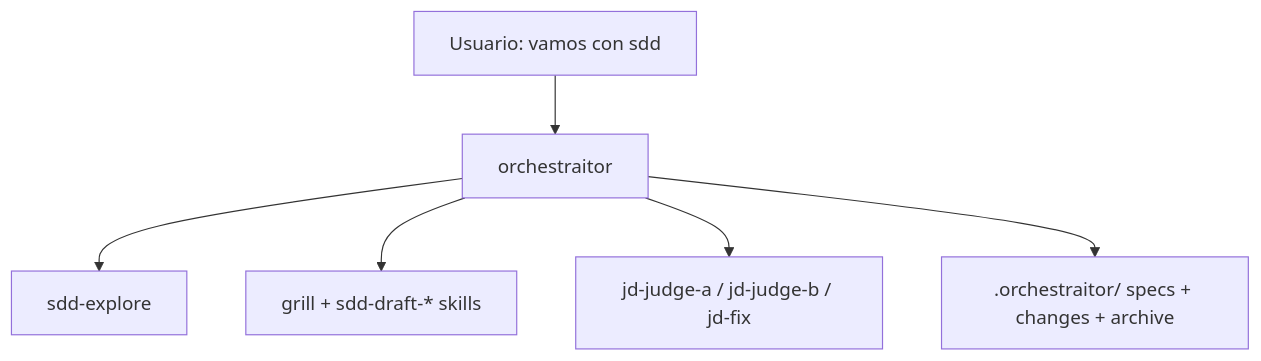
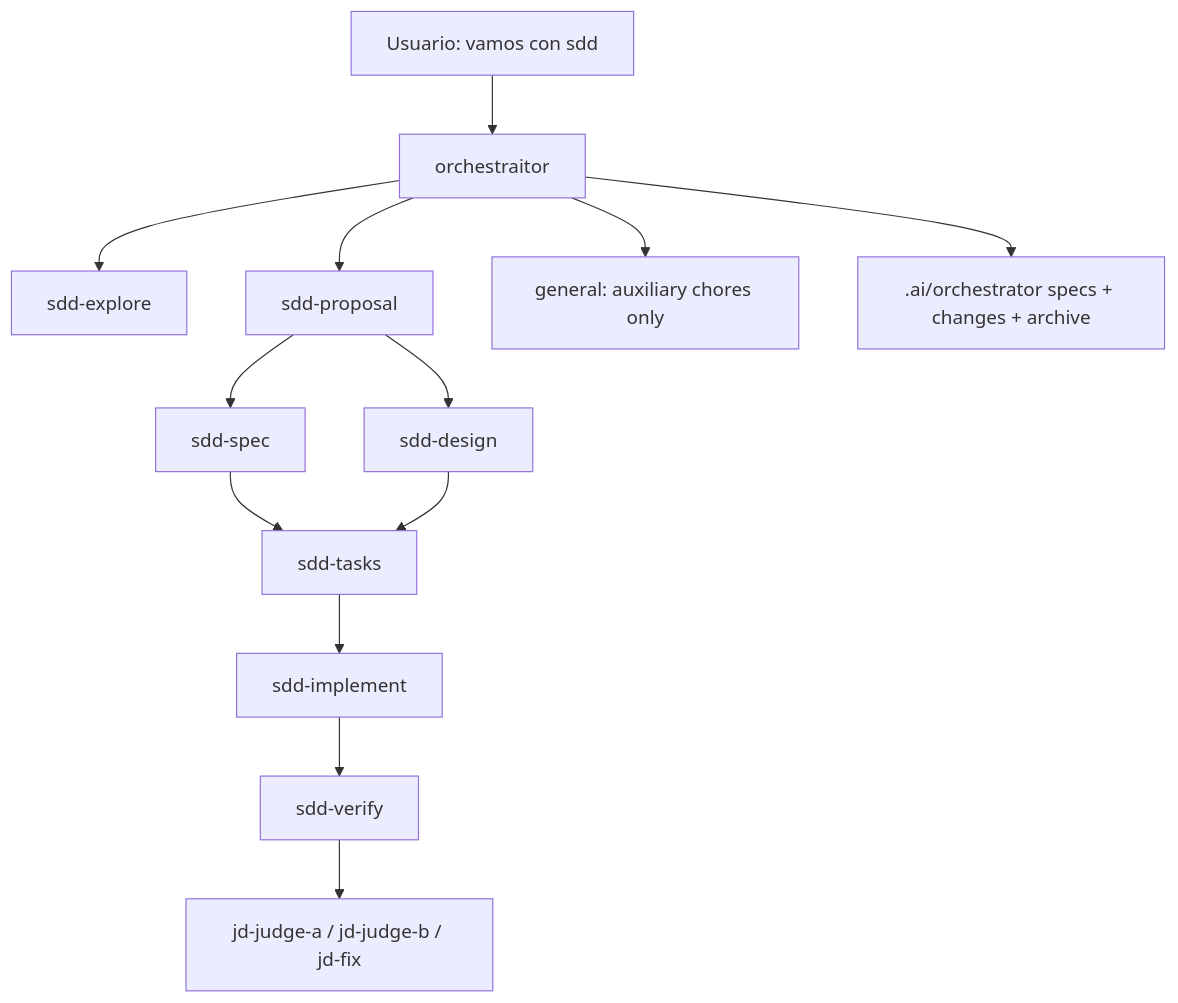
One commit to andresnator/agents-orchestrator changed the diagram in domains/sdd/README.md. Above: the diagram before and after it, drawn with Mermaid. The commit also changed other lines of this file and 31 other files, not shown here.

````diff
--- a/domains/sdd/README.md
+++ b/domains/sdd/README.md
@@ -9,8 +16,15 @@
 ```mermaid
 graph TD
   user[Usuario: vamos con sdd] --> orch[orchestraitor]
   orch --> explore[sdd-explore]
-  orch --> skills[grill + sdd-draft-* skills]
-  orch --> jd[jd-judge-a / jd-judge-b / jd-fix]
-  orch --> files[.orchestraitor/ specs + changes + archive]
+  orch --> proposal[sdd-proposal]
+  proposal --> spec[sdd-spec]
+  proposal --> design[sdd-design]
+  spec --> tasks[sdd-tasks]
+  design --> tasks
+  tasks --> implement[sdd-implement]
+  implement --> verify[sdd-verify]
+  verify --> jd[jd-judge-a / jd-judge-b / jd-fix]
+  orch --> aux[general: auxiliary chores only]
+  orch --> files[.ai/orchestrator specs + changes + archive]
 ```
````
